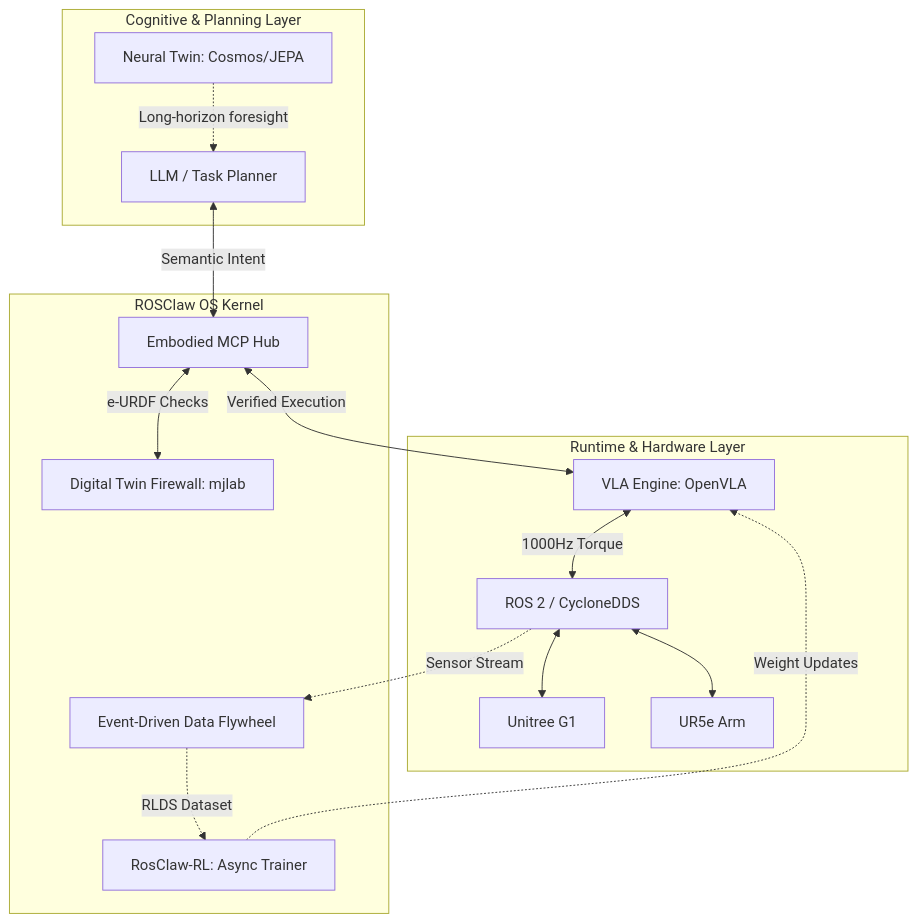
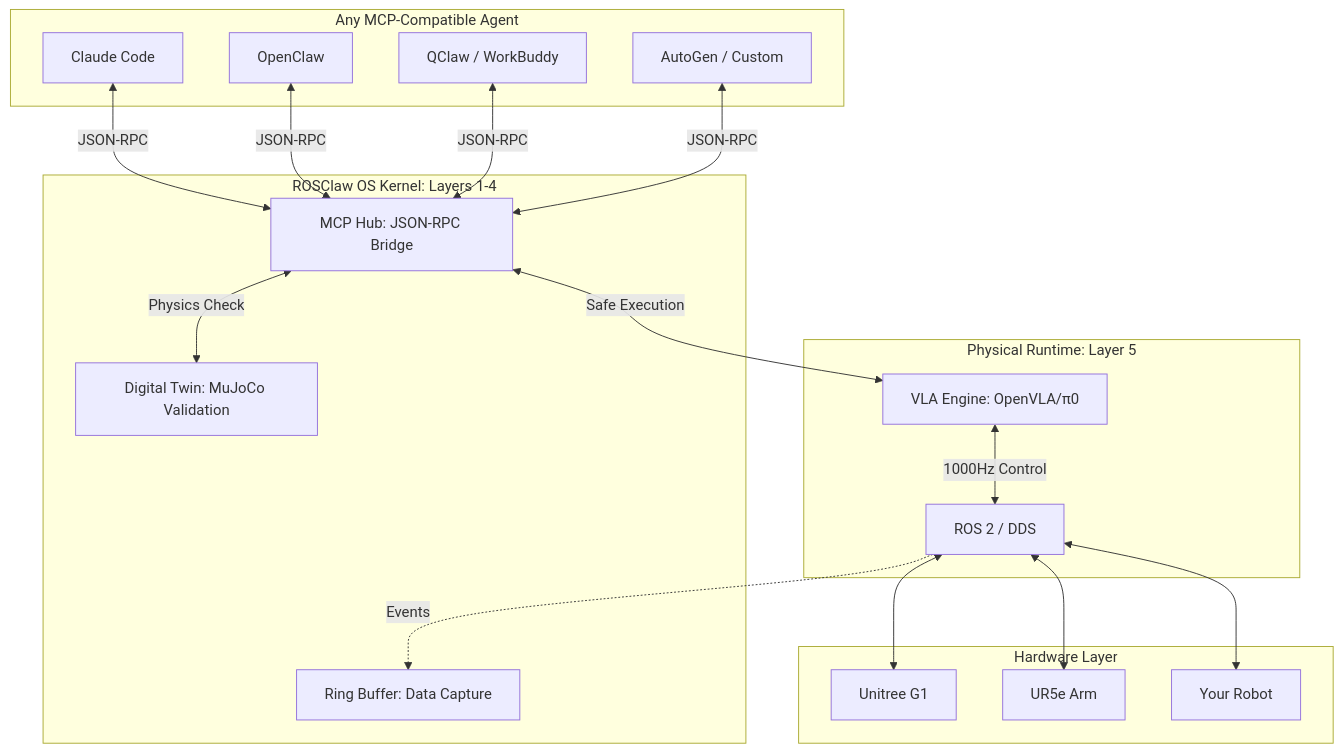
The diagram in README.md (ros-claw/rosclaw), drawn with Mermaid before and after one commit. The commit also changed other lines of this file and 10 other files, not shown here.

````diff
--- a/README.md
+++ b/README.md
@@ -51,35 +56,33 @@
 ```mermaid
 graph TD
-    subgraph Cognitive[Cognitive & Planning Layer]
-        LLM[LLM / Task Planner]
-        NT[Neural Twin: Cosmos/JEPA]
+    subgraph Agents[Any MCP-Compatible Agent]
+        CC[Claude Code]
+        OC[OpenClaw]
+        QB[QClaw / WorkBuddy]
+        AC[AutoGen / Custom]
     end
 
-    subgraph OS_Kernel [ROSClaw OS Kernel]
-        MCP[Embodied MCP Hub]
-        DT[Digital Twin Firewall: mjlab]
-        DF[Event-Driven Data Flywheel]
-        RL[RosClaw-RL: Async Trainer]
+    subgraph OS[ROSClaw OS Kernel: Layers 1-4]
+        MCP[MCP Hub: JSON-RPC Bridge]
+        DT[Digital Twin: MuJoCo Validation]
+        RB[Ring Buffer: Data Capture]
     end
 
-    subgraph Physical [Runtime & Hardware Layer]
-        VLA[VLA Engine: OpenVLA]
-        ROS2[ROS 2 / CycloneDDS]
-        HW_G1[Unitree G1]
-        HW_UR5[UR5e Arm]
+    subgraph Runtime[Physical Runtime: Layer 5]
+        VLA[VLA Engine: OpenVLA/π0]
+        ROS2[ROS 2 / DDS]
     end
 
-    LLM <-->|Semantic Intent| MCP
-    NT -.->|Long-horizon foresight| LLM
+    subgraph Hardware[Hardware Layer]
+        G1[Unitree G1]
+        UR5[UR5e Arm]
+        Other[Your Robot]
+    end
 
-    MCP <-->|e-URDF Checks| DT
-    MCP <-->|Verified Execution| VLA
-
-    VLA <-->|1000Hz Torque| ROS2
-    ROS2 <--> HW_G1
-    ROS2 <--> HW_UR5
-
-    ROS2 -.->|Sensor Stream| DF
-    DF -.->|RLDS Dataset| RL
-    RL -.->|Weight Updates| VLA
+    CC & OC & QB & AC <-->|JSON-RPC| MCP
+    MCP <-->|Physics Check| DT
+    MCP <-->|Safe Execution| VLA
+    VLA <-->|1000Hz Control| ROS2
+    ROS2 <--> G1 & UR5 & Other
+    ROS2 -.->|Events| RB
 ```
````
